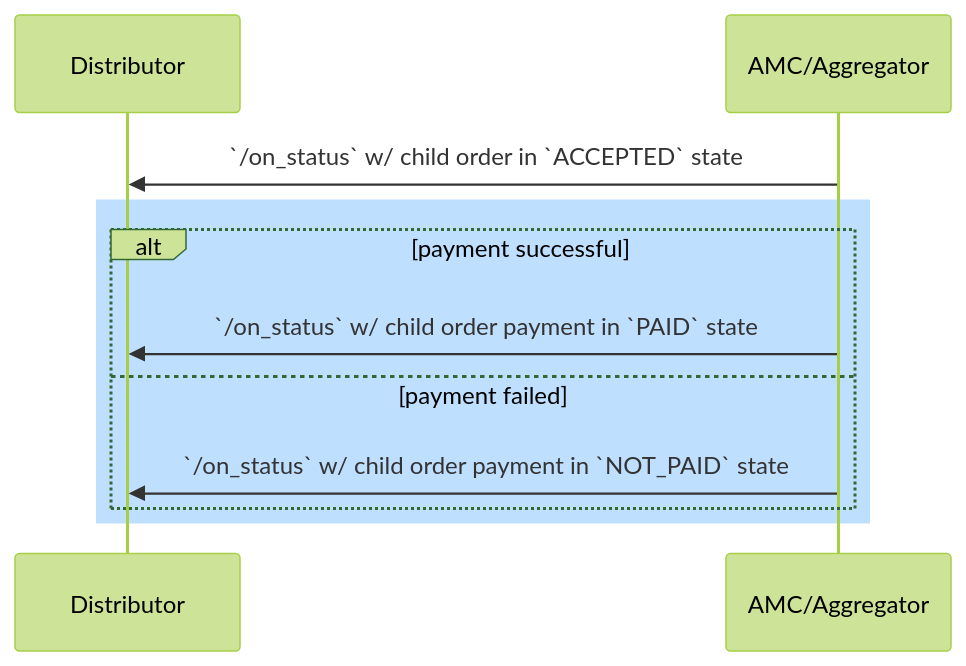
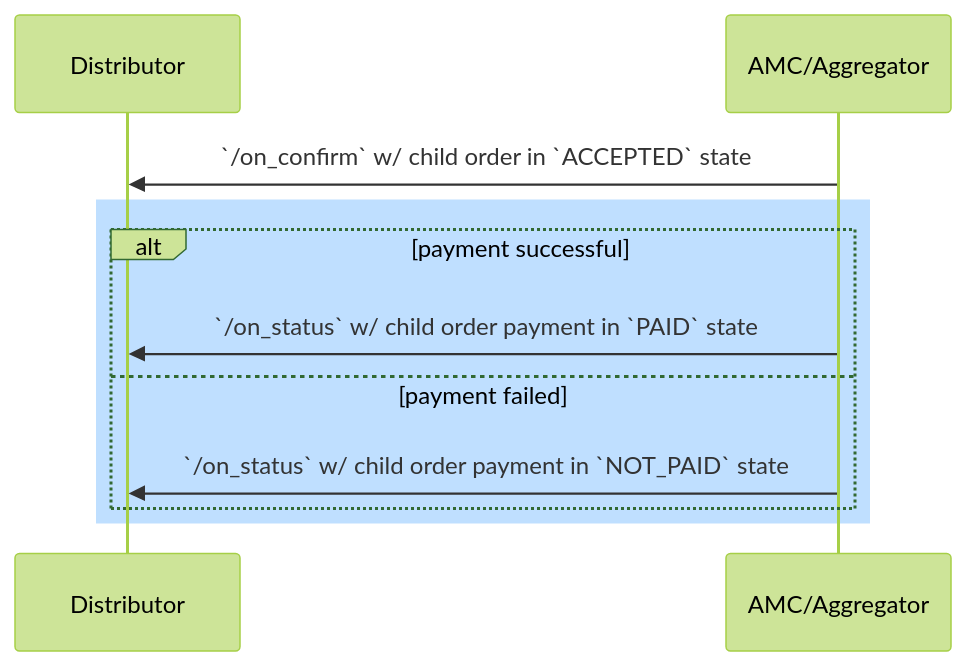
Before and after one commit to ONDC-Official/ONDC-FIS-Specifications: the second of 3 diagrams in api/components/docs/stage-fulfillment.md, drawn with Mermaid (forest theme). The commit also changed 11 other files, not shown here.

````diff
--- a/api/components/docs/stage-fulfillment.md
+++ b/api/components/docs/stage-fulfillment.md
@@ -21,14 +21,14 @@
 ```mermaid
 sequenceDiagram
     participant bap AS Distributor
     participant bpp AS AMC/Aggregator
-    bpp ->> bap: `/on_status` w/ child order in `ACCEPTED` state
+    bpp ->> bap: `/on_confirm` w/ child order in `ACCEPTED` state
 
     rect rgb(191, 223, 255)
     alt payment successful
         bpp ->> bap: `/on_status` w/ child order payment in `PAID` state
     else payment failed
         bpp ->> bap: `/on_status` w/ child order payment in `NOT_PAID` state
     end
     end
 ```
````
